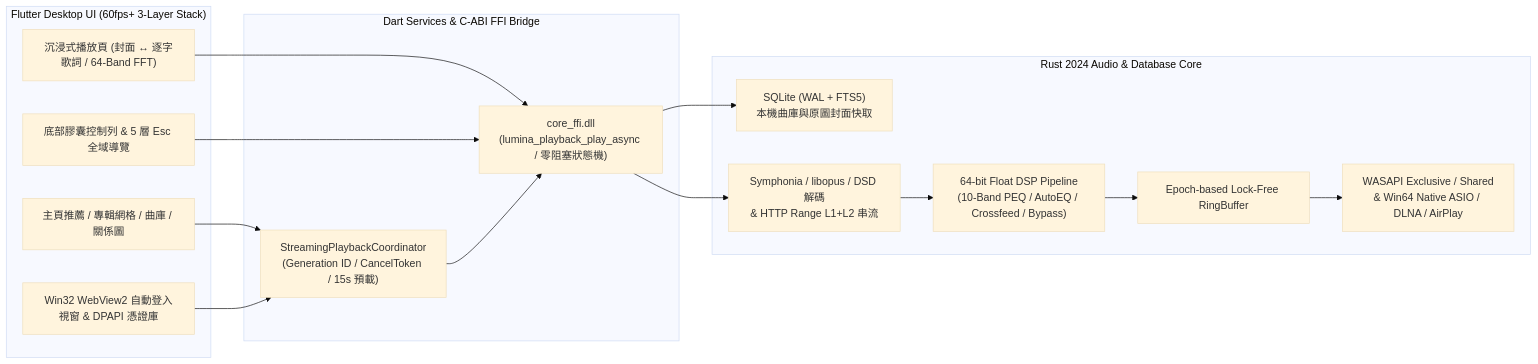
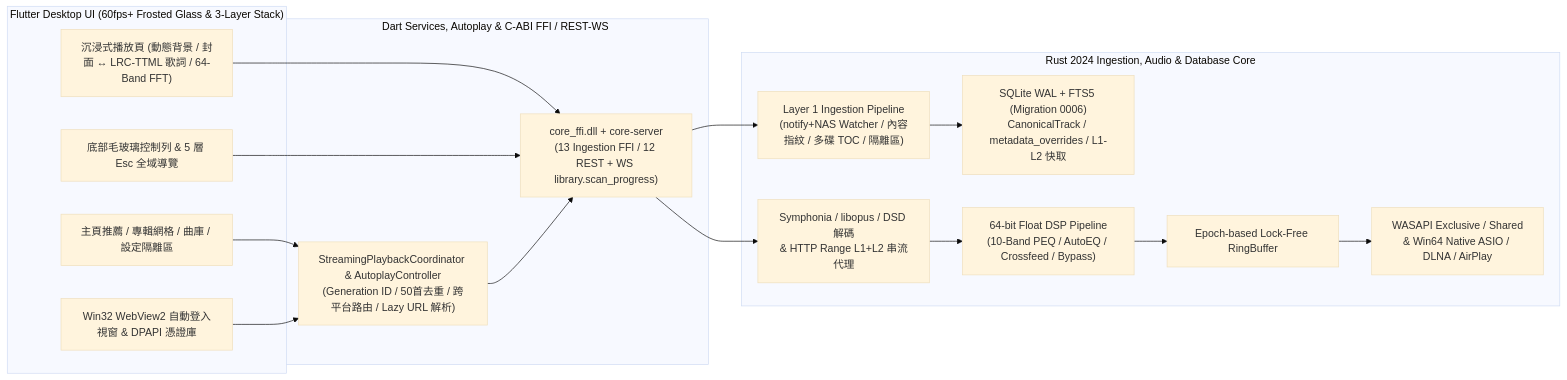
One commit to pierre930523/lumina-audio changed the diagram in README.md. Above: the diagram before and after it, drawn with Mermaid (base theme). The commit also changed other lines of this file and 3 other files, not shown here.

Commit message:
chore(release): bump to v0.2.5 and update README for Layer 1 ingestion, autoplay & frosted glass UI

````diff
--- a/README.md
+++ b/README.md
@@ -99,33 +103,35 @@
 ```mermaid
 flowchart LR
-  subgraph UI["Flutter Desktop UI (60fps+ 3-Layer Stack)"]
-    Home["主頁推薦 / 專輯網格 / 曲庫 / 關係圖"]
-    NowPlaying["沉浸式播放頁 (封面 ↔ 逐字歌詞 / 64-Band FFT)"]
-    MiniPlayer["底部膠囊控制列 & 5 層 Esc 全域導覽"]
+  subgraph UI["Flutter Desktop UI (60fps+ Frosted Glass & 3-Layer Stack)"]
+    Home["主頁推薦 / 專輯網格 / 曲庫 / 設定隔離區"]
+    NowPlaying["沉浸式播放頁 (動態背景 / 封面 ↔ LRC-TTML 歌詞 / 64-Band FFT)"]
+    MiniPlayer["底部毛玻璃控制列 & 5 層 Esc 全域導覽"]
     WebView2["Win32 WebView2 自動登入視窗 & DPAPI 憑證庫"]
   end
 
-  subgraph Bridge["Dart Services & C-ABI FFI Bridge"]
-    Coordinator["StreamingPlaybackCoordinator\n(Generation ID / CancelToken / 15s 預載)"]
-    FFI["core_ffi.dll\n(lumina_playback_play_async / 零阻塞狀態機)"]
+  subgraph Bridge["Dart Services, Autoplay & C-ABI FFI / REST-WS"]
+    Coordinator["StreamingPlaybackCoordinator & AutoplayController\n(Generation ID / 50首去重 / 跨平台路由 / Lazy URL 解析)"]
+    FFI["core_ffi.dll + core-server\n(13 Ingestion FFI / 12 REST + WS library.scan_progress)"]
   end
 
-  subgraph Core["Rust 2024 Audio & Database Core"]
-    DB["SQLite (WAL + FTS5)\n本機曲庫與原圖封面快取"]
-    Decoder["Symphonia / libopus / DSD 解碼\n& HTTP Range L1+L2 串流"]
+  subgraph Core["Rust 2024 Ingestion, Audio & Database Core"]
+    Ingestion["Layer 1 Ingestion Pipeline\n(notify+NAS Watcher / 內容指紋 / 多碟 TOC / 隔離區)"]
+    DB["SQLite WAL + FTS5 (Migration 0006)\nCanonicalTrack / metadata_overrides / L1-L2 快取"]
+    Decoder["Symphonia / libopus / DSD 解碼\n& HTTP Range L1+L2 串流代理"]
     DSP["64-bit Float DSP Pipeline\n(10-Band PEQ / AutoEQ / Crossfeed / Bypass)"]
     RingBuf["Epoch-based Lock-Free RingBuffer"]
     Output["WASAPI Exclusive / Shared\n& Win64 Native ASIO / DLNA / AirPlay"]
   end
 
   Home --> Coordinator
   WebView2 --> Coordinator
   NowPlaying --> FFI
   MiniPlayer --> FFI
   Coordinator --> FFI
-  FFI --> DB
+  FFI --> Ingestion
+  Ingestion --> DB
   FFI --> Decoder
   Decoder --> DSP
   DSP --> RingBuf
   RingBuf --> Output
 ```
````
